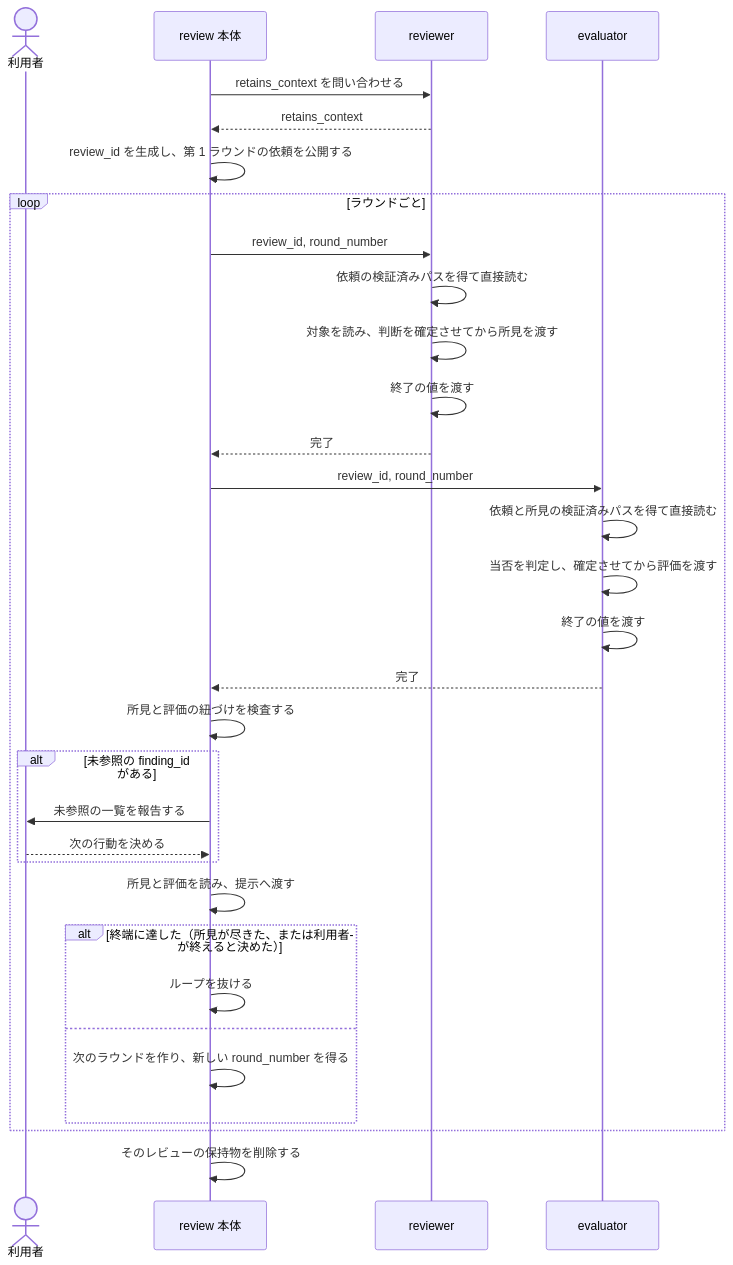
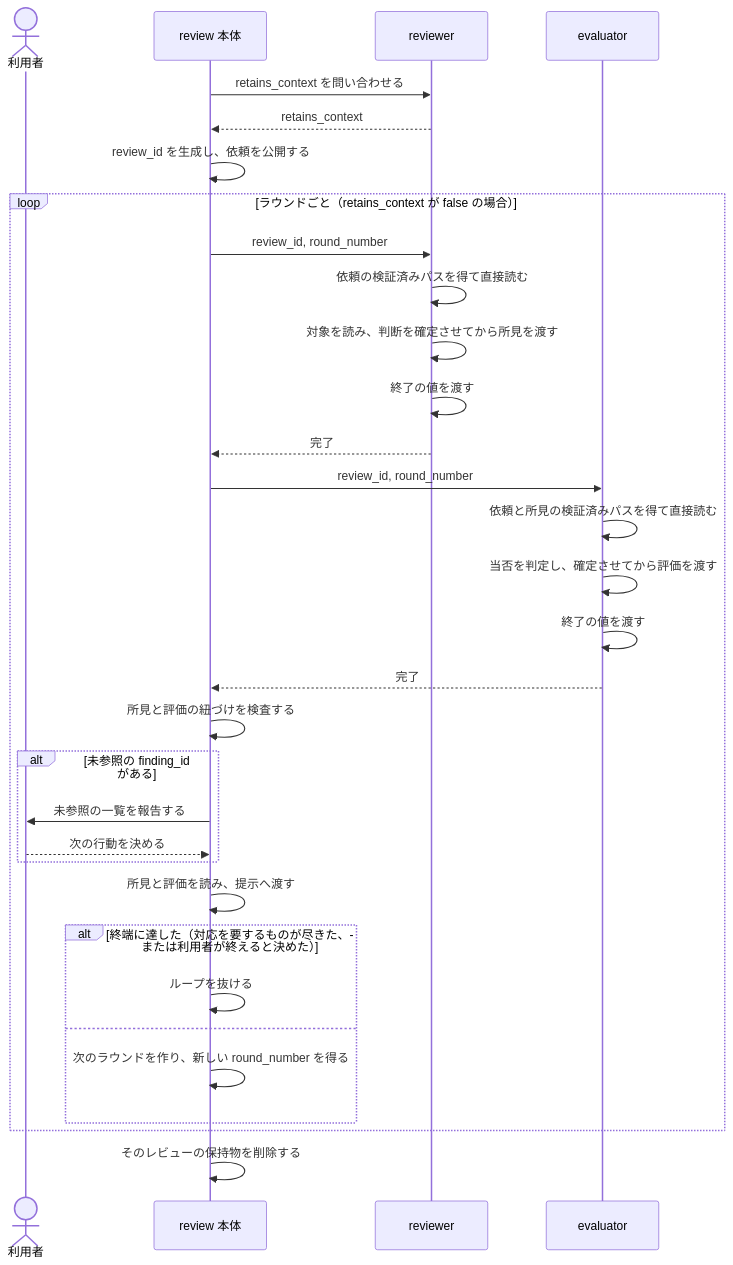
One commit to BlueEventHorizon/bw-cc-plugins changed the diagram in docs/specs/review/requirements/REQ-029_review_exchange.md. Above: the diagram before and after it, drawn with Mermaid. The commit also changed other lines of this file and 2 other files, not shown here.

````diff
--- a/docs/specs/review/requirements/REQ-029_review_exchange.md
+++ b/docs/specs/review/requirements/REQ-029_review_exchange.md
@@ -54,35 +56,35 @@
 ```mermaid
 sequenceDiagram
     actor Human as 利用者
     participant Body as review 本体
     participant R as reviewer
     participant E as evaluator
 
     Body->>R: retains_context を問い合わせる
     R-->>Body: retains_context
-    Body->>Body: review_id を生成し、第 1 ラウンドの依頼を公開する
-    loop ラウンドごと
+    Body->>Body: review_id を生成し、依頼を公開する
+    loop ラウンドごと（retains_context が false の場合）
         Body->>R: review_id, round_number
         R->>R: 依頼の検証済みパスを得て直接読む
         R->>R: 対象を読み、判断を確定させてから所見を渡す
         R->>R: 終了の値を渡す
         R-->>Body: 完了
         Body->>E: review_id, round_number
         E->>E: 依頼と所見の検証済みパスを得て直接読む
         E->>E: 当否を判定し、確定させてから評価を渡す
         E->>E: 終了の値を渡す
         E-->>Body: 完了
         Body->>Body: 所見と評価の紐づけを検査する
         alt 未参照の finding_id がある
             Body->>Human: 未参照の一覧を報告する
             Human-->>Body: 次の行動を決める
         end
         Body->>Body: 所見と評価を読み、提示へ渡す
-        alt 終端に達した（所見が尽きた、または利用者が終えると決めた）
+        alt 終端に達した（対応を要するものが尽きた、または利用者が終えると決めた）
             Body->>Body: ループを抜ける
         else
             Body->>Body: 次のラウンドを作り、新しい round_number を得る
         end
     end
     Body->>Body: そのレビューの保持物を削除する
 ```
````
